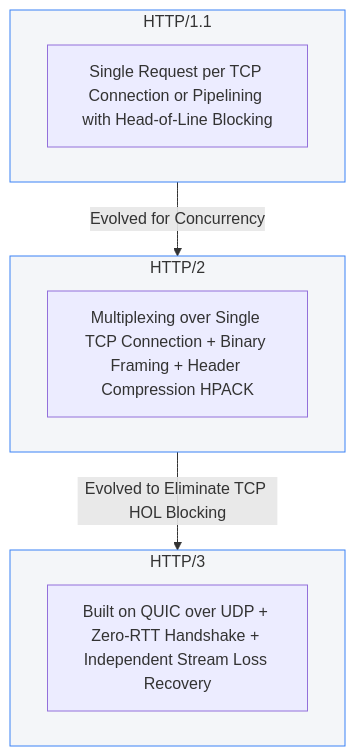
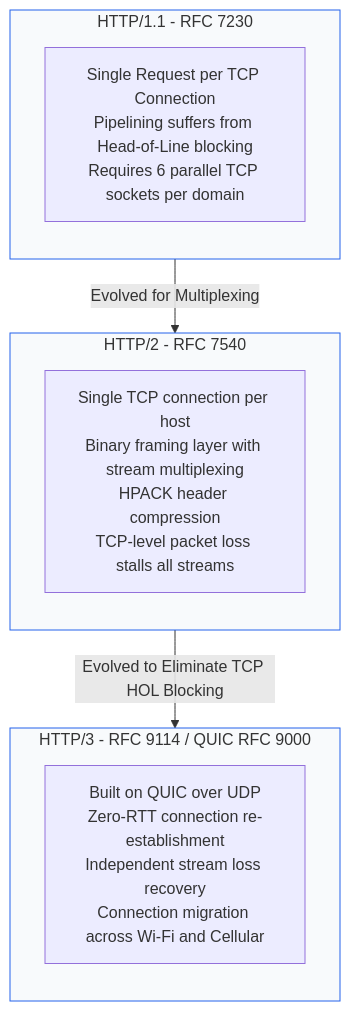
Before and after one commit to kvai9826/system-design-for-program-managers: the second of 5 diagrams in 01-foundations/01-client-server-networking.md, drawn with Mermaid. The commit also changed other lines of this file and 30 other files, not shown here.

````diff
--- a/01-foundations/01-client-server-networking.md
+++ b/01-foundations/01-client-server-networking.md
@@ -42,20 +46,23 @@
 ```mermaid
 flowchart TD
-    subgraph H1 [HTTP/1.1]
-        A1[Single Request per TCP Connection or Pipelining with Head-of-Line Blocking]
+    subgraph H1 [HTTP/1.1 - RFC 7230]
+        direction TB
+        A1[Single Request per TCP Connection<br/>Pipelining suffers from Head-of-Line blocking<br/>Requires 6 parallel TCP sockets per domain]
     end
 
-    subgraph H2 [HTTP/2]
-        A2[Multiplexing over Single TCP Connection + Binary Framing + Header Compression HPACK]
+    subgraph H2 [HTTP/2 - RFC 7540]
+        direction TB
+        A2[Single TCP connection per host<br/>Binary framing layer with stream multiplexing<br/>HPACK header compression<br/>TCP-level packet loss stalls all streams]
     end
 
-    subgraph H3 [HTTP/3]
-        A3[Built on QUIC over UDP + Zero-RTT Handshake + Independent Stream Loss Recovery]
+    subgraph H3 [HTTP/3 - RFC 9114 / QUIC RFC 9000]
+        direction TB
+        A3[Built on QUIC over UDP<br/>Zero-RTT connection re-establishment<br/>Independent stream loss recovery<br/>Connection migration across Wi-Fi and Cellular]
     end
 
-    H1 -->|Evolved for Concurrency| H2
+    H1 -->|Evolved for Multiplexing| H2
     H2 -->|Evolved to Eliminate TCP HOL Blocking| H3
 
-    classDef protocol fill:#f4f6f9,stroke:#3b82f6,stroke-width:1px;
-    class H1,H2,H3 protocol;
+    classDef protoStyle fill:#f8fafc,stroke:#2563eb,stroke-width:1px;
+    class H1,H2,H3 protoStyle;
 ```
````
